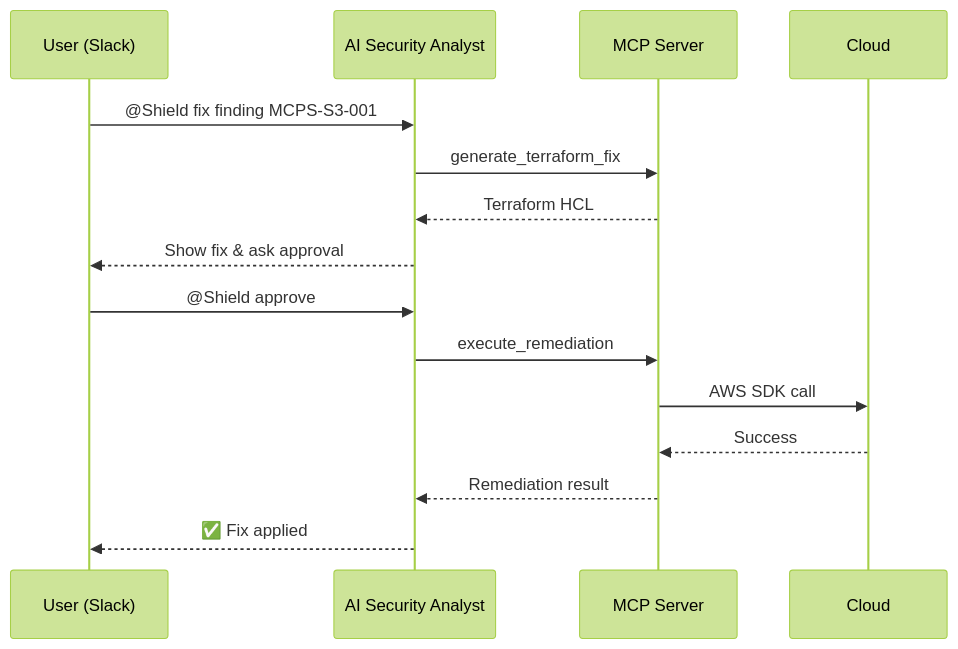
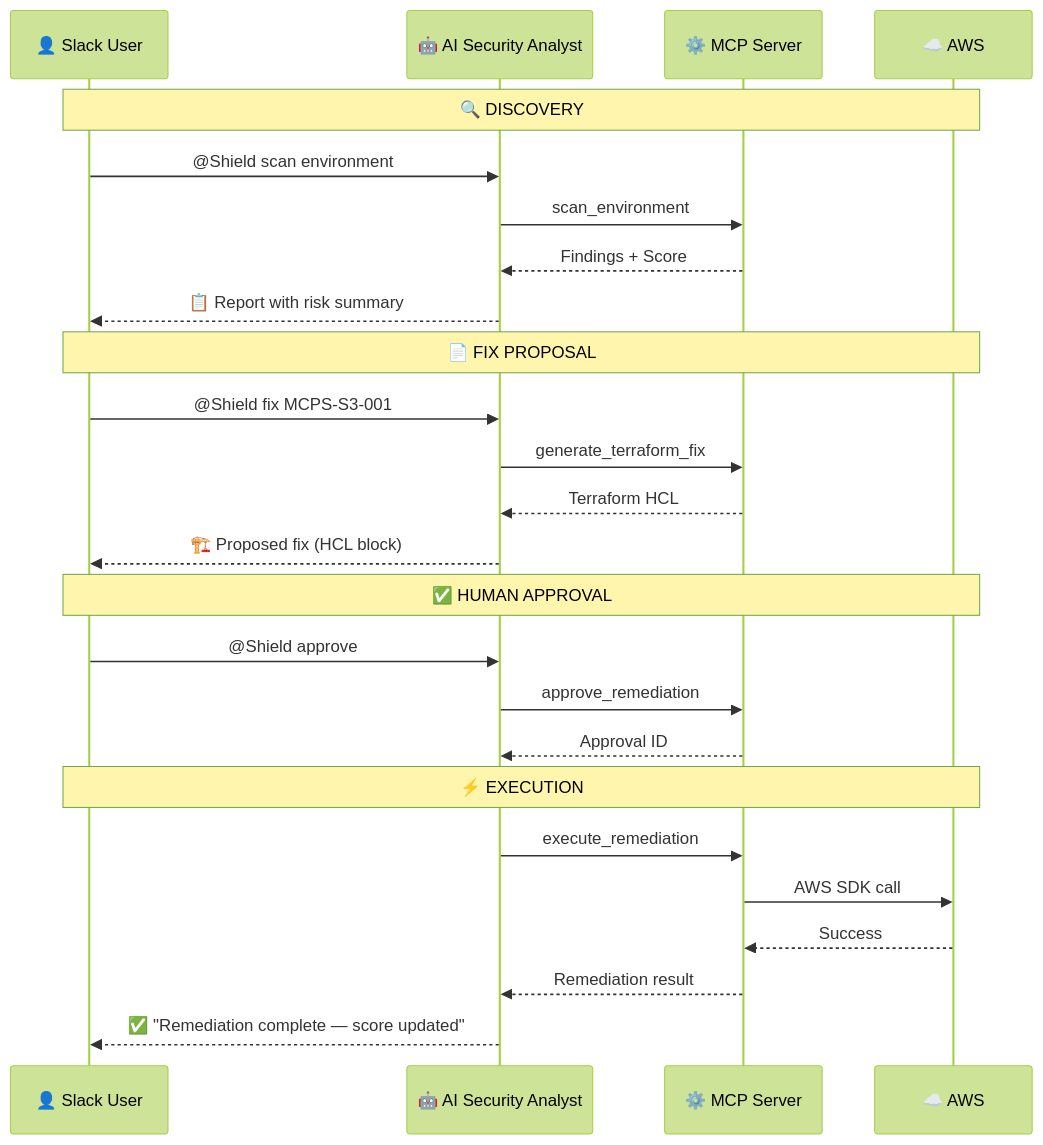
Before and after one commit to akintunero/mcpshield: the third of 4 diagrams in README.md, drawn with Mermaid (forest theme). The commit also changed other lines of this file, not shown here.

Commit message:
docs: improve architecture diagrams with better styling and clarity

````diff
--- a/README.md
+++ b/README.md
@@ -104,18 +131,31 @@
 ```mermaid
 sequenceDiagram
-    participant U as User (Slack)
-    participant AI as AI Security Analyst
-    participant MCP as MCP Server
-    participant C as Cloud
+    participant User as 👤 Slack User
+    participant AI as 🤖 AI Security Analyst
+    participant MCP as ⚙️ MCP Server
+    participant Cloud as ☁️ AWS
 
-    U->>AI: @Shield fix finding MCPS-S3-001
+    Note over User,Cloud: 🔍 DISCOVERY
+    User->>AI: @Shield scan environment
+    AI->>MCP: scan_environment
+    MCP-->>AI: Findings + Score
+    AI-->>User: 📋 Report with risk summary
+
+    Note over User,Cloud: 📄 FIX PROPOSAL
+    User->>AI: @Shield fix MCPS-S3-001
     AI->>MCP: generate_terraform_fix
     MCP-->>AI: Terraform HCL
-    AI-->>U: Show fix & ask approval
-    U->>AI: @Shield approve
+    AI-->>User: 🏗️ Proposed fix (HCL block)
+
+    Note over User,Cloud: ✅ HUMAN APPROVAL
+    User->>AI: @Shield approve
+    AI->>MCP: approve_remediation
+    MCP-->>AI: Approval ID
+
+    Note over User,Cloud: ⚡ EXECUTION
     AI->>MCP: execute_remediation
-    MCP->>C: AWS SDK call
-    C-->>MCP: Success
+    MCP->>Cloud: AWS SDK call
+    Cloud-->>MCP: Success
     MCP-->>AI: Remediation result
-    AI-->>U: ✅ Fix applied
+    AI-->>User: ✅ "Remediation complete — score updated"
 ```
````
